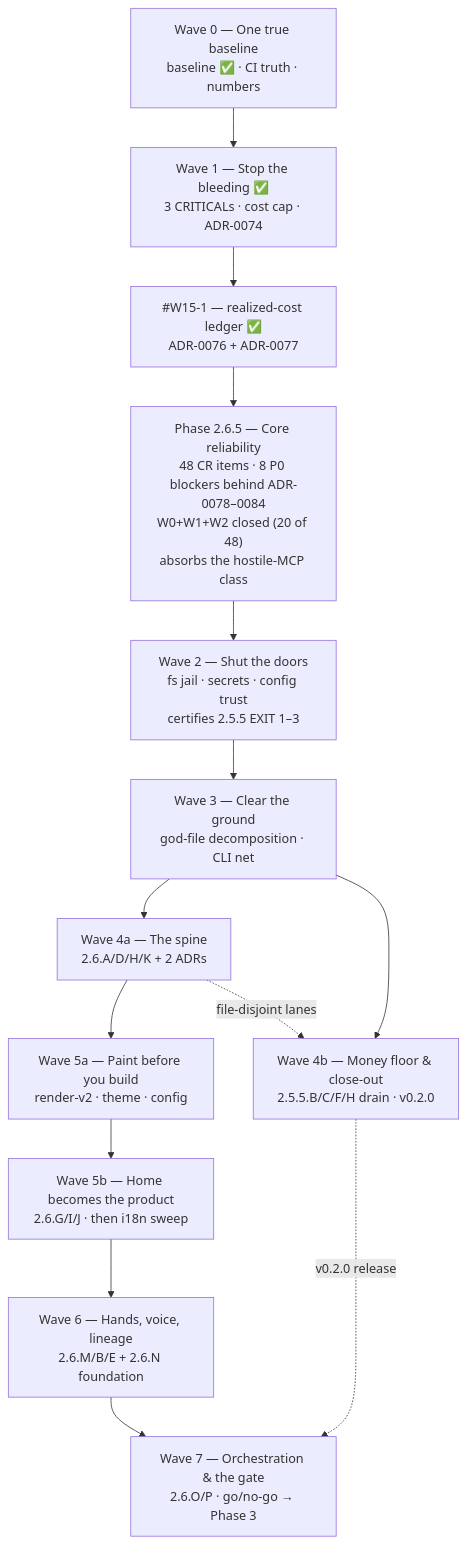
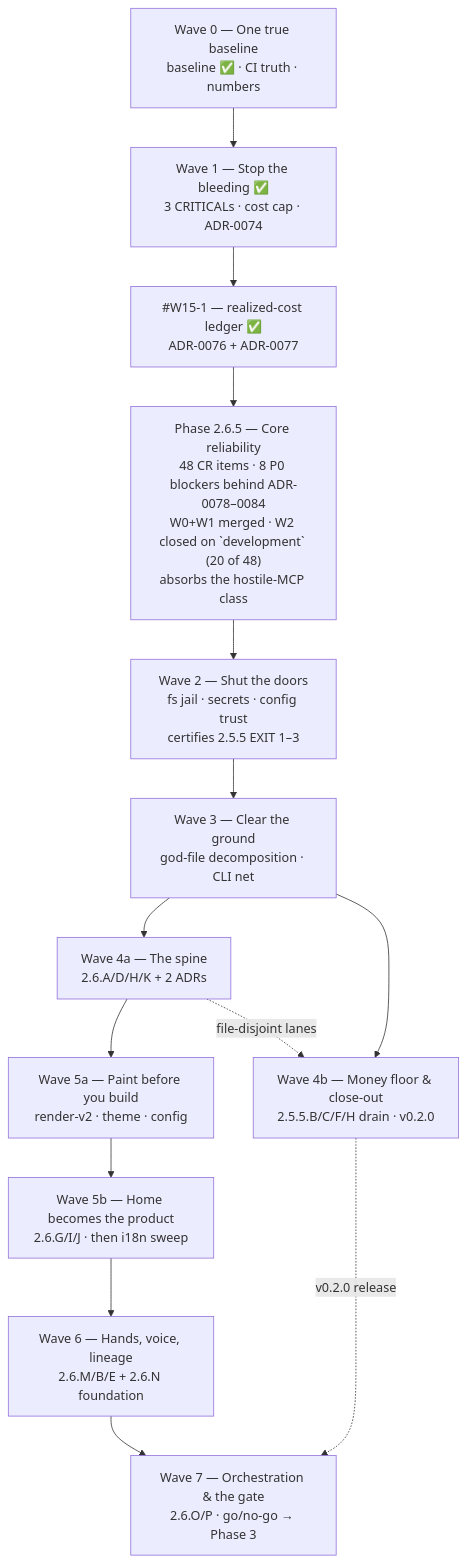
Before and after one commit to HodeTech/Relavium: the diagram in docs/roadmap/current.md, drawn with Mermaid. The commit also changed 2 other files, not shown here.

First paragraph of the commit message:
fix(core): the grace backstop must not be the reason a run has no terminal
F2 of the PR #85 round. `#onGraceElapsed` is fired from a timer as
`void this.#onGraceElapsed()`, and it could throw in two places, neither guarded.

````diff
--- a/docs/roadmap/current.md
+++ b/docs/roadmap/current.md
@@ -89,19 +89,19 @@
 ```mermaid
 flowchart TD
     W0["Wave 0 — One true baseline<br/>baseline ✅ · CI truth · numbers"]
     W1["Wave 1 — Stop the bleeding ✅<br/>3 CRITICALs · cost cap · ADR-0074"]
     LEDGER["#W15-1 — realized-cost ledger ✅<br/>ADR-0076 + ADR-0077"]
-    P265["Phase 2.6.5 — Core reliability<br/>48 CR items · 8 P0 blockers behind ADR-0078–0084<br/>W0+W1+W2 closed (20 of 48)<br/>absorbs the hostile-MCP class"]
+    P265["Phase 2.6.5 — Core reliability<br/>48 CR items · 8 P0 blockers behind ADR-0078–0084<br/>W0+W1 merged · W2 closed on `development` (20 of 48)<br/>absorbs the hostile-MCP class"]
     W2["Wave 2 — Shut the doors<br/>fs jail · secrets · config trust<br/>certifies 2.5.5 EXIT 1–3"]
     W3["Wave 3 — Clear the ground<br/>god-file decomposition · CLI net"]
     W4a["Wave 4a — The spine<br/>2.6.A/D/H/K + 2 ADRs"]
     W4b["Wave 4b — Money floor & close-out<br/>2.5.5.B/C/F/H drain · v0.2.0"]
     W5a["Wave 5a — Paint before you build<br/>render-v2 · theme · config"]
     W5b["Wave 5b — Home becomes the product<br/>2.6.G/I/J · then i18n sweep"]
     W6["Wave 6 — Hands, voice, lineage<br/>2.6.M/B/E + 2.6.N foundation"]
     W7["Wave 7 — Orchestration & the gate<br/>2.6.O/P · go/no-go → Phase 3"]
     W0 --> W1 --> LEDGER --> P265 --> W2 --> W3 --> W4a --> W5a --> W5b --> W6 --> W7
     W3 --> W4b
     W4b -.->|v0.2.0 release| W7
     W4a -.->|file-disjoint lanes| W4b
 ```
````
